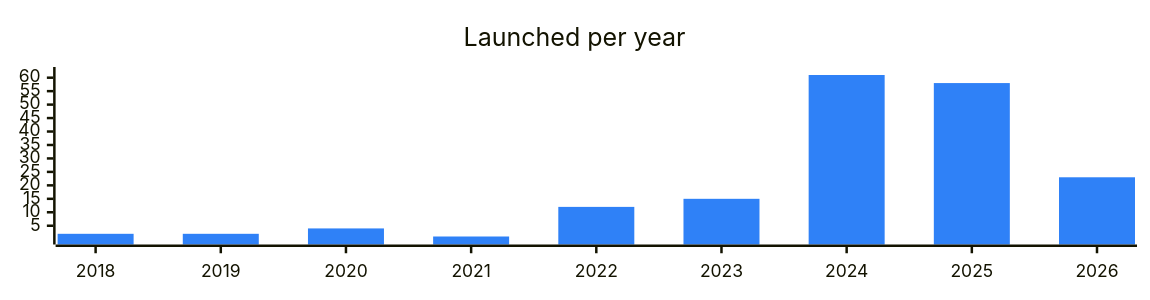
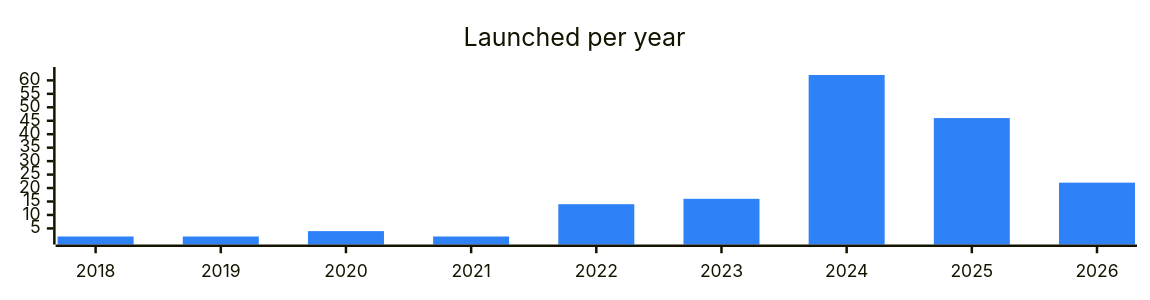
One commit to vitalikgpt/gram-ecosystem changed the diagram in categories/tools.md. Above: the diagram before and after it, drawn with Mermaid. The commit also changed other lines of this file and 71 other files, not shown here.

````diff
--- a/categories/tools.md
+++ b/categories/tools.md
@@ -7,7 +7,7 @@
 ```mermaid
 %%{init: {"xyChart": {"width": 900, "height": 220}, "themeVariables": {"xyChart": {"plotColorPalette": "#2f81f7"}}}}%%
 xychart-beta
   title "Launched per year"
   x-axis ["2018", "2019", "2020", "2021", "2022", "2023", "2024", "2025", "2026"]
-  bar [2, 2, 4, 1, 12, 15, 61, 58, 23]
+  bar [2, 2, 4, 2, 14, 16, 62, 46, 22]
 ```
````
